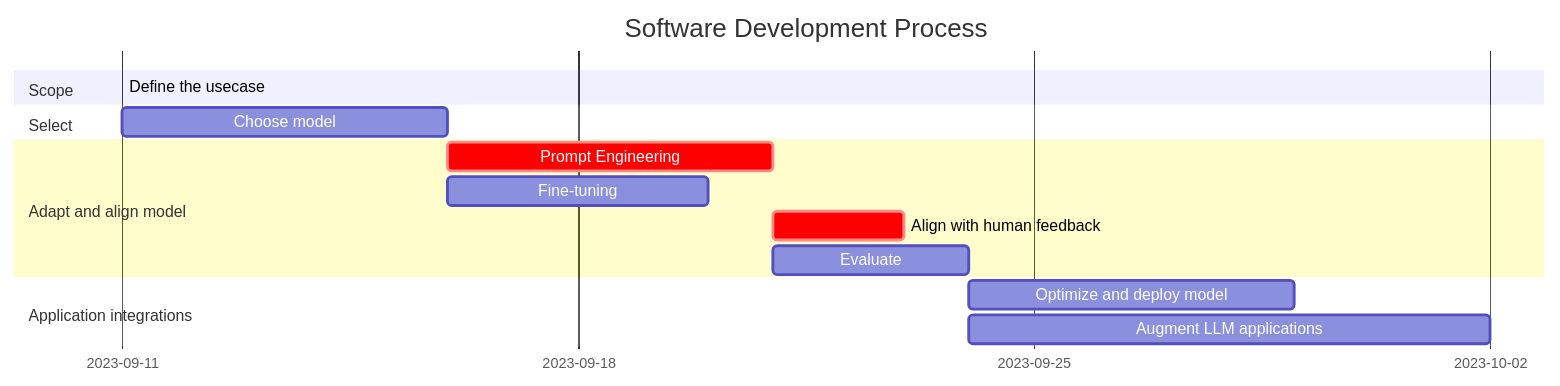
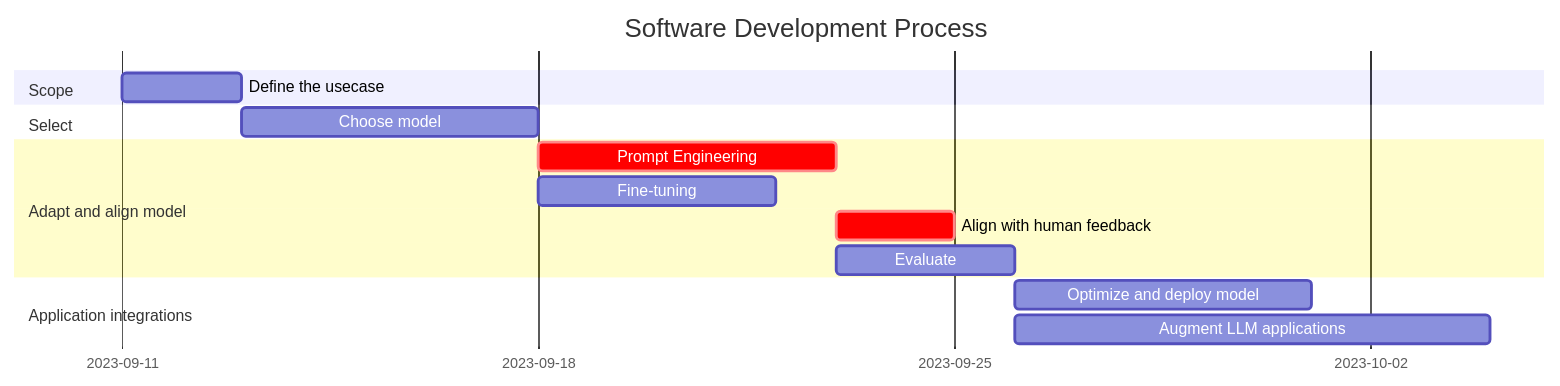
The diagram in mermaid_diagrams/genai_gantt_diagram.mmd (stefanovskyi/generativeai-project-lifecycle), drawn with Mermaid before and after one commit.

```diff
--- a/mermaid_diagrams/genai_gantt_diagram.mmd
+++ b/mermaid_diagrams/genai_gantt_diagram.mmd
@@ -1,21 +1,21 @@
 gantt
     title Software Development Process
     dateFormat  YYYY-MM-DD
     tickInterval 1week
     weekday monday
     
     section Scope
-    Define the usecase        :a1, 2023-09-11, 2
+    Define the usecase        :a1, 2023-09-11, 2d
     
     section Select
     Choose model              :a3, after a1, 5d
     
     section Adapt and align model
     Prompt Engineering        :crit,a2,after a3, 5d
     Fine-tuning               :after a3, 4d
     Align with human feedback :crit,after a2, 2d
     Evaluate                  :a4, after a2, 3d
     
     section Application integrations
     Optimize and deploy model :after a4, 5d
     Augment LLM applications  :after a4, 8d
```
